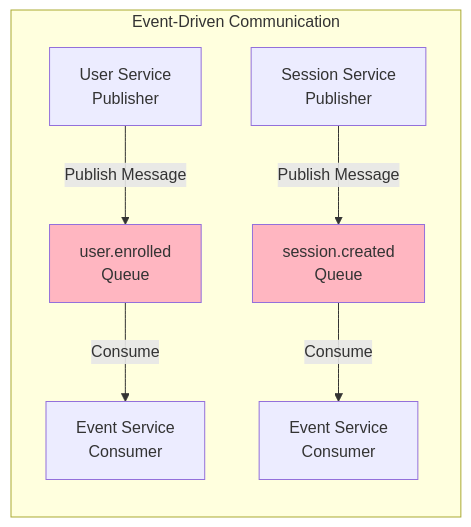
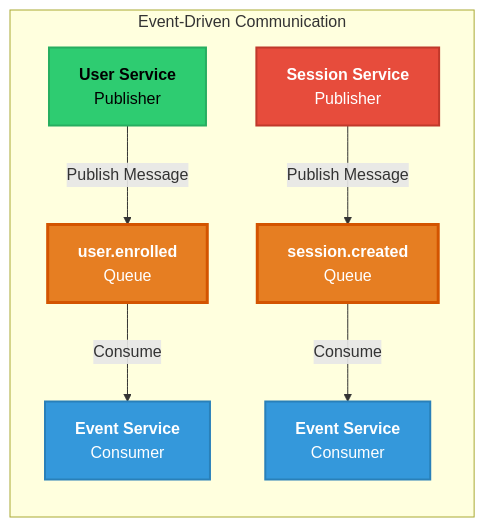
Before and after one commit to martimmpr/epicjunior-backend-db-course: the third of 9 diagrams in diagrams/microservices-architecture.md, drawn with Mermaid. The commit also changed other lines of this file and 3 other files, not shown here.

Commit message:
docs: Improved Diagrams Readability.

````diff
--- a/diagrams/microservices-architecture.md
+++ b/diagrams/microservices-architecture.md
@@ -130,21 +130,25 @@
 ```mermaid
 graph LR
     subgraph "Event-Driven Communication"
-        P1[User Service<br/>Publisher]
-        Q1[user.enrolled<br/>Queue]
-        C1[Event Service<br/>Consumer]
+        P1["<b>User Service</b><br/>Publisher"]
+        Q1["<b>user.enrolled</b><br/>Queue"]
+        C1["<b>Event Service</b><br/>Consumer"]
         
-        P2[Session Service<br/>Publisher]
-        Q2[session.created<br/>Queue]
-        C2[Event Service<br/>Consumer]
+        P2["<b>Session Service</b><br/>Publisher"]
+        Q2["<b>session.created</b><br/>Queue"]
+        C2["<b>Event Service</b><br/>Consumer"]
         
         P1 -->|Publish Message| Q1
         Q1 -->|Consume| C1
         
         P2 -->|Publish Message| Q2
         Q2 -->|Consume| C2
     end
     
-    style Q1 fill:#FFB6C1
-    style Q2 fill:#FFB6C1
+    style Q1 fill:#e67e22,stroke:#d35400,stroke-width:3px,color:#fff
+    style Q2 fill:#e67e22,stroke:#d35400,stroke-width:3px,color:#fff
+    style P1 fill:#2ecc71,stroke:#27ae60,stroke-width:2px,color:#000
+    style C1 fill:#3498db,stroke:#2980b9,stroke-width:2px,color:#fff
+    style P2 fill:#e74c3c,stroke:#c0392b,stroke-width:2px,color:#fff
+    style C2 fill:#3498db,stroke:#2980b9,stroke-width:2px,color:#fff
 ```
````
